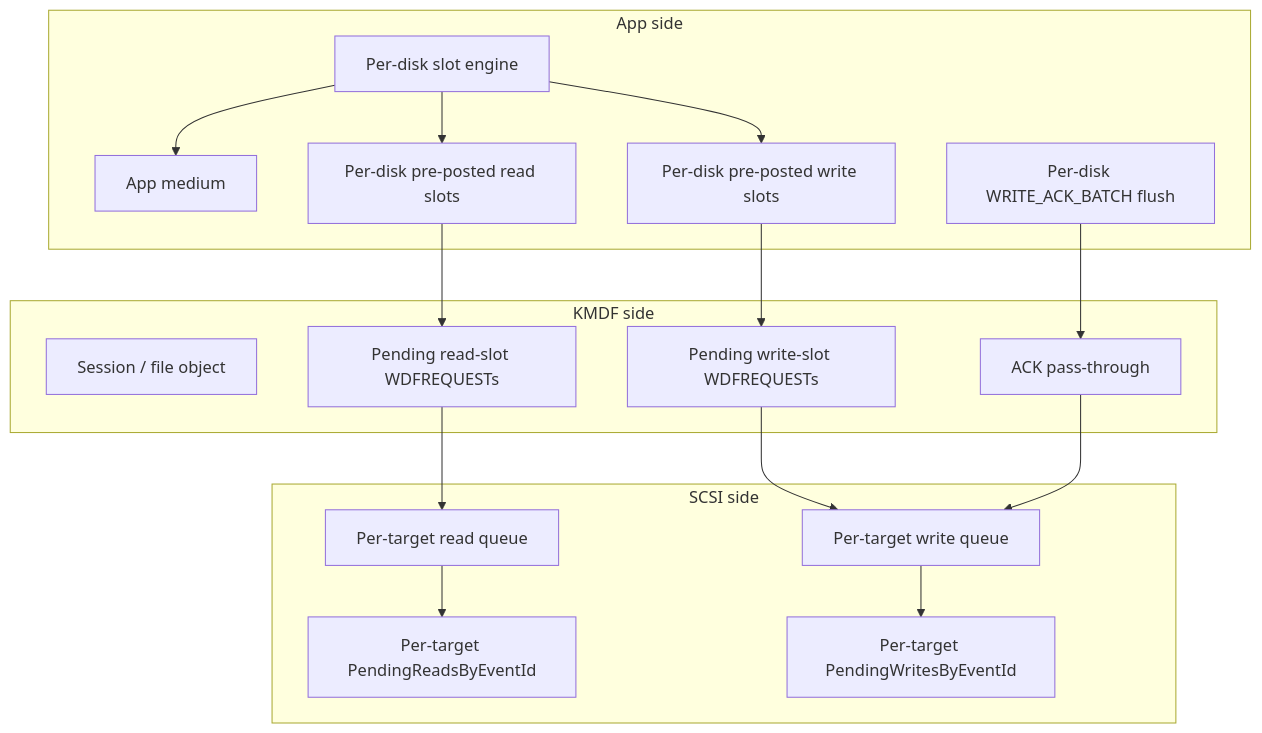
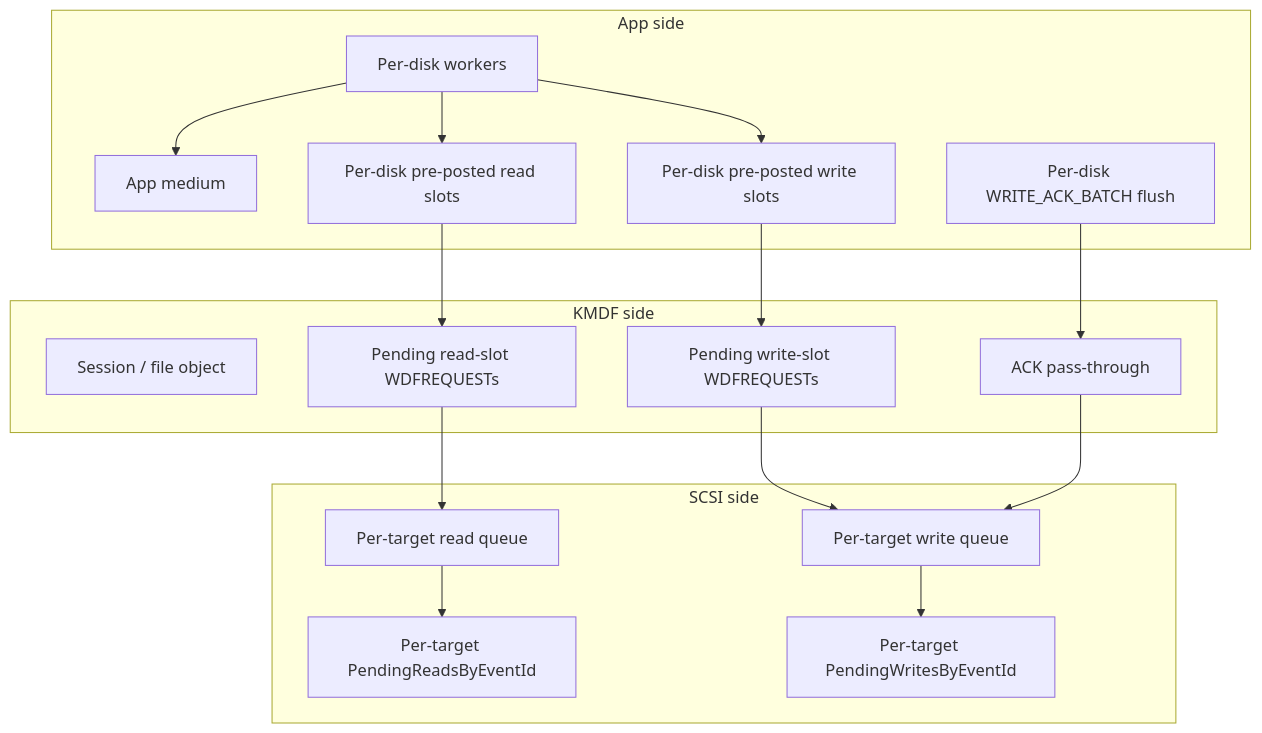
One commit to Zightch/yumedisk changed the fifth of 5 diagrams in docs/tmp/app-owned-media-queue-protocol-design.md. Above: the diagram before and after it, drawn with Mermaid. The commit also changed 15 other files, not shown here.

````diff
--- a/docs/tmp/app-owned-media-queue-protocol-design.md
+++ b/docs/tmp/app-owned-media-queue-protocol-design.md
@@ -520,34 +520,34 @@
 ```mermaid
 flowchart TB
     subgraph AppSide[App side]
-        SE[Per-disk slot engine]
+        SE[Per-disk workers]
         RM[App medium]
         RQ[Per-disk pre-posted read slots]
         WQ[Per-disk pre-posted write slots]
         ACK[Per-disk WRITE_ACK_BATCH flush]
     end
 
     subgraph KMDFSide[KMDF side]
         KS[Session / file object]
         KR[Pending read-slot WDFREQUESTs]
         KW[Pending write-slot WDFREQUESTs]
         KA[ACK pass-through]
     end
 
     subgraph SCSISide[SCSI side]
         PRQ[Per-target read queue]
         PWQ[Per-target write queue]
         PRI[Per-target PendingReadsByEventId]
         PWI[Per-target PendingWritesByEventId]
     end
 
     SE --> RM
     SE --> RQ
     SE --> WQ
     ACK --> KA
     RQ --> KR --> PRQ
     WQ --> KW --> PWQ
     KA --> PWQ
     PRQ --> PRI
     PWQ --> PWI
 ```
````
